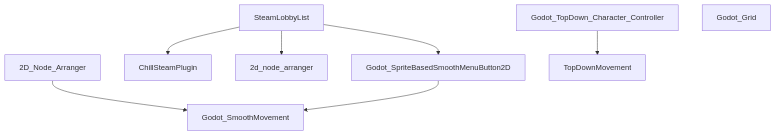
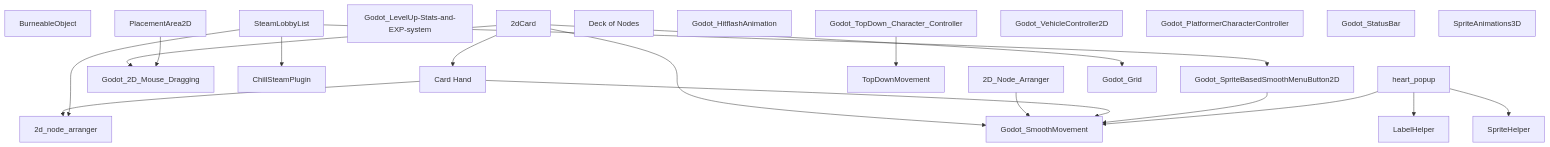
Before and after one commit to ChillCube/.github: the diagram in ADDONS.md, drawn with Mermaid. The commit also changed other lines of this file, not shown here.

Commit message:
registry: update dependency tree

````diff
--- a/ADDONS.md
+++ b/ADDONS.md
@@ -74,27 +75,67 @@
 ```mermaid
 flowchart TD
     n_2D_Node_Arranger["2D_Node_Arranger"]
+    Godot_2D_Mouse_Dragging["Godot_2D_Mouse_Dragging"]
+    SpriteHelper["SpriteHelper"]
     ChillSteamPlugin["ChillSteamPlugin"]
+    BurneableObject["BurneableObject"]
     Godot_TopDown_Character_Controller["Godot_TopDown_Character_Controller"]
     n_2d_node_arranger["2d_node_arranger"]
+    LabelHelper["LabelHelper"]
+    PlacementArea2D["PlacementArea2D"]
+    Godot_LevelUp_Stats_and_EXP_system["Godot_LevelUp-Stats-and-EXP-system"]
     Godot_SpriteBasedSmoothMenuButton2D["Godot_SpriteBasedSmoothMenuButton2D"]
     SteamLobbyList["SteamLobbyList"]
+    Deck_of_Nodes["Deck of Nodes"]
+    Godot_HitflashAnimation["Godot_HitflashAnimation"]
+    n_2dCard["2dCard"]
+    Godot_VehicleController2D["Godot_VehicleController2D"]
+    Card_Hand["Card Hand"]
+    Godot_PlatformerCharacterController["Godot_PlatformerCharacterController"]
+    Godot_StatusBar["Godot_StatusBar"]
+    SpriteAnimations3D["SpriteAnimations3D"]
     TopDownMovement["TopDownMovement"]
+    heart_popup["heart_popup"]
     Godot_Grid["Godot_Grid"]
     Godot_SmoothMovement["Godot_SmoothMovement"]
+    n_2dCard --> Godot_SmoothMovement
+    n_2dCard --> Godot_2D_Mouse_Dragging
+    n_2dCard --> Card_Hand
+    n_2dCard --> Godot_Grid
     n_2D_Node_Arranger --> Godot_SmoothMovement
+    Card_Hand --> n_2d_node_arranger
+    Card_Hand --> Godot_SmoothMovement
     Godot_SpriteBasedSmoothMenuButton2D --> Godot_SmoothMovement
     Godot_TopDown_Character_Controller --> TopDownMovement
+    heart_popup --> Godot_SmoothMovement
+    heart_popup --> LabelHelper
+    heart_popup --> SpriteHelper
+    PlacementArea2D --> Godot_2D_Mouse_Dragging
     SteamLobbyList --> ChillSteamPlugin
     SteamLobbyList --> n_2d_node_arranger
     SteamLobbyList --> Godot_SpriteBasedSmoothMenuButton2D
     click n_2D_Node_Arranger href "https://github.com/ChillCube/2d_node_arranger" _blank
+    click Godot_2D_Mouse_Dragging href "https://github.com/ChillCube/Godot_2D_Mouse_Dragging" _blank
+    click SpriteHelper href "https://github.com/ChillCube/SpriteHelper" _blank
     click ChillSteamPlugin href "https://github.com/ChillCube/ChillSteamPlugin" _blank
+    click BurneableObject href "https://github.com/ChillCube/BurneableObject" _blank
     click Godot_TopDown_Character_Controller href "https://github.com/ChillCube/Godot_TopDown_Character_Controller" _blank
     click n_2d_node_arranger href "https://github.com/ChillCube/2d_node_arranger" _blank
+    click LabelHelper href "https://github.com/ChillCube/LabelHelper" _blank
+    click PlacementArea2D href "https://github.com/ChillCube/PlacementArea2D" _blank
+    click Godot_LevelUp_Stats_and_EXP_system href "https://github.com/ChillCube/Godot_LevelUp-Stats-and-EXP-system" _blank
     click Godot_SpriteBasedSmoothMenuButton2D href "https://github.com/ChillCube/Godot_SpriteBasedSmoothMenuButton2D" _blank
     click SteamLobbyList href "https://github.com/ChillCube/SteamLobbyList" _blank
+    click Deck_of_Nodes href "https://github.com/ChillCube/Deck_of_Nodes" _blank
+    click Godot_HitflashAnimation href "https://github.com/ChillCube/Godot_HitflashAnimation" _blank
+    click n_2dCard href "https://github.com/ChillCube/2dCard" _blank
+    click Godot_VehicleController2D href "https://github.com/ChillCube/Godot_VehicleController2D" _blank
+    click Card_Hand href "https://github.com/ChillCube/Card_Hand" _blank
+    click Godot_PlatformerCharacterController href "https://github.com/ChillCube/Godot_PlatformerCharacterController" _blank
+    click Godot_StatusBar href "https://github.com/ChillCube/Godot_StatusBar" _blank
+    click SpriteAnimations3D href "https://github.com/ChillCube/SpriteAnimations3D" _blank
     click TopDownMovement href "https://github.com/ChillCube/TopDownMovement" _blank
+    click heart_popup href "https://github.com/ChillCube/heart_popup" _blank
     click Godot_Grid href "https://github.com/ChillCube/Godot_Grid" _blank
     click Godot_SmoothMovement href "https://github.com/ChillCube/Godot_SmoothMovement" _blank
 ```
````
